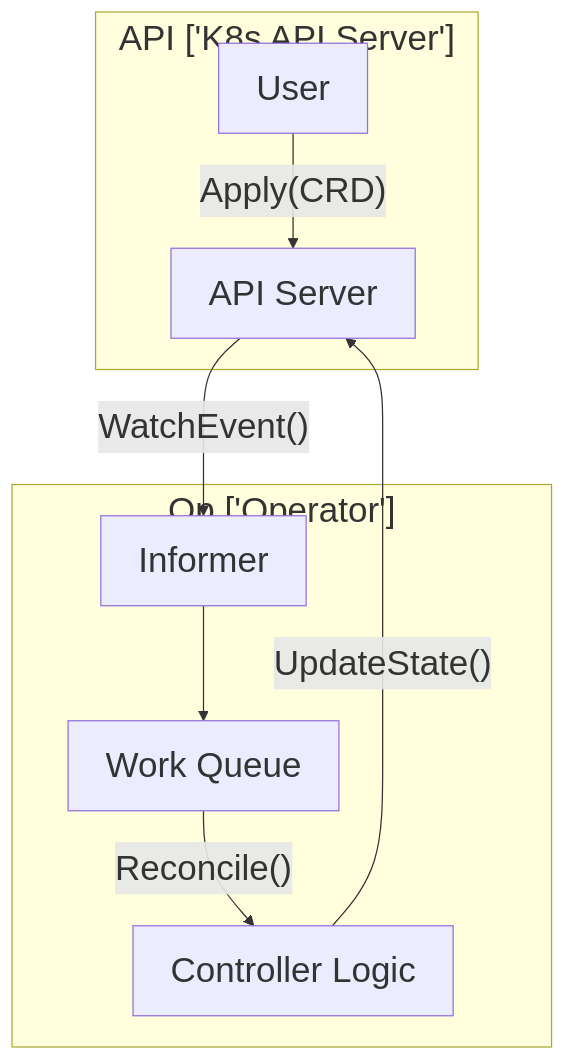
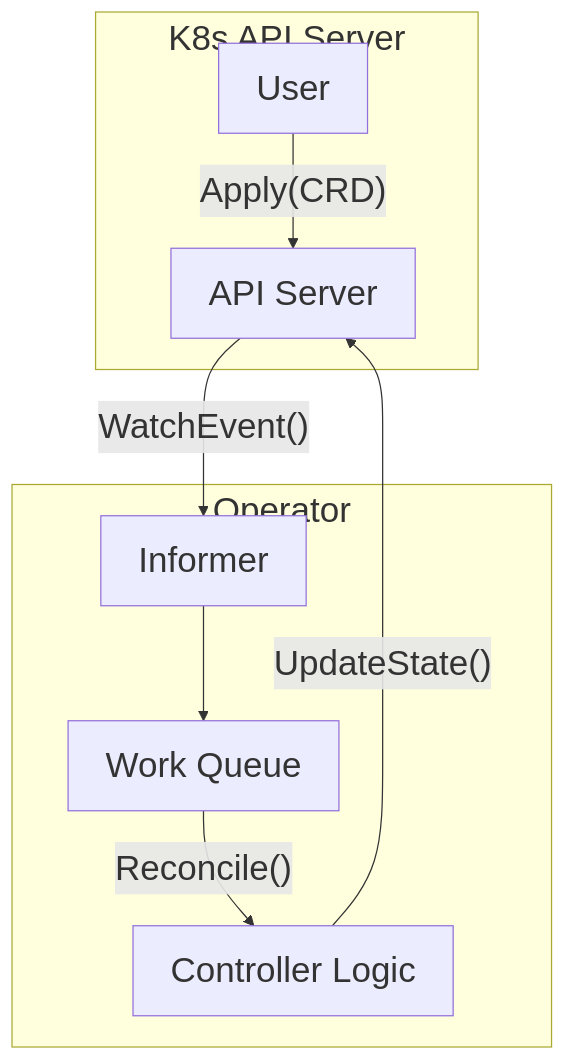
The diagram in skills/cloud-native/k8s-operators/SKILL.md (j4flmao/agent-skills), drawn with Mermaid before and after one commit. The commit also changed 38 other files, not shown here.

Commit message:
style(skills): Add padding to Mermaid subgraphs to prevent label overlap with nodes

````diff
--- a/skills/cloud-native/k8s-operators/SKILL.md
+++ b/skills/cloud-native/k8s-operators/SKILL.md
@@ -7,13 +7,13 @@
 ```mermaid
 %%{init: {"theme": "default", "themeVariables": {"fontSize": "28px"}, "flowchart": {"useMaxWidth": false}}}%%
 flowchart TD
-    subgraph APIK8sAPIServer ["API ['K8s API Server']"]
+    subgraph APIK8sAPIServer ["K8s API Server<br/>"]
         A[User] -->|"Apply(CRD)"| B[API Server]
     end
-    subgraph OpOperator ["Op ['Operator']"]
+    subgraph OpOperator ["Operator<br/>"]
         B -->|"WatchEvent()"| C[Informer]
         C --> D[Work Queue]
         D -->|"Reconcile()"| E[Controller Logic]
         E -->|"UpdateState()"| B
     end
 ```
````
